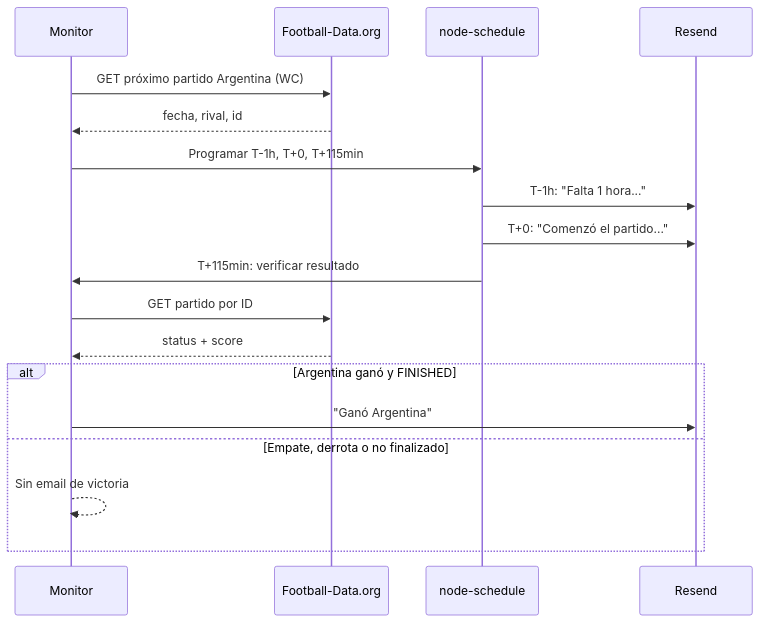
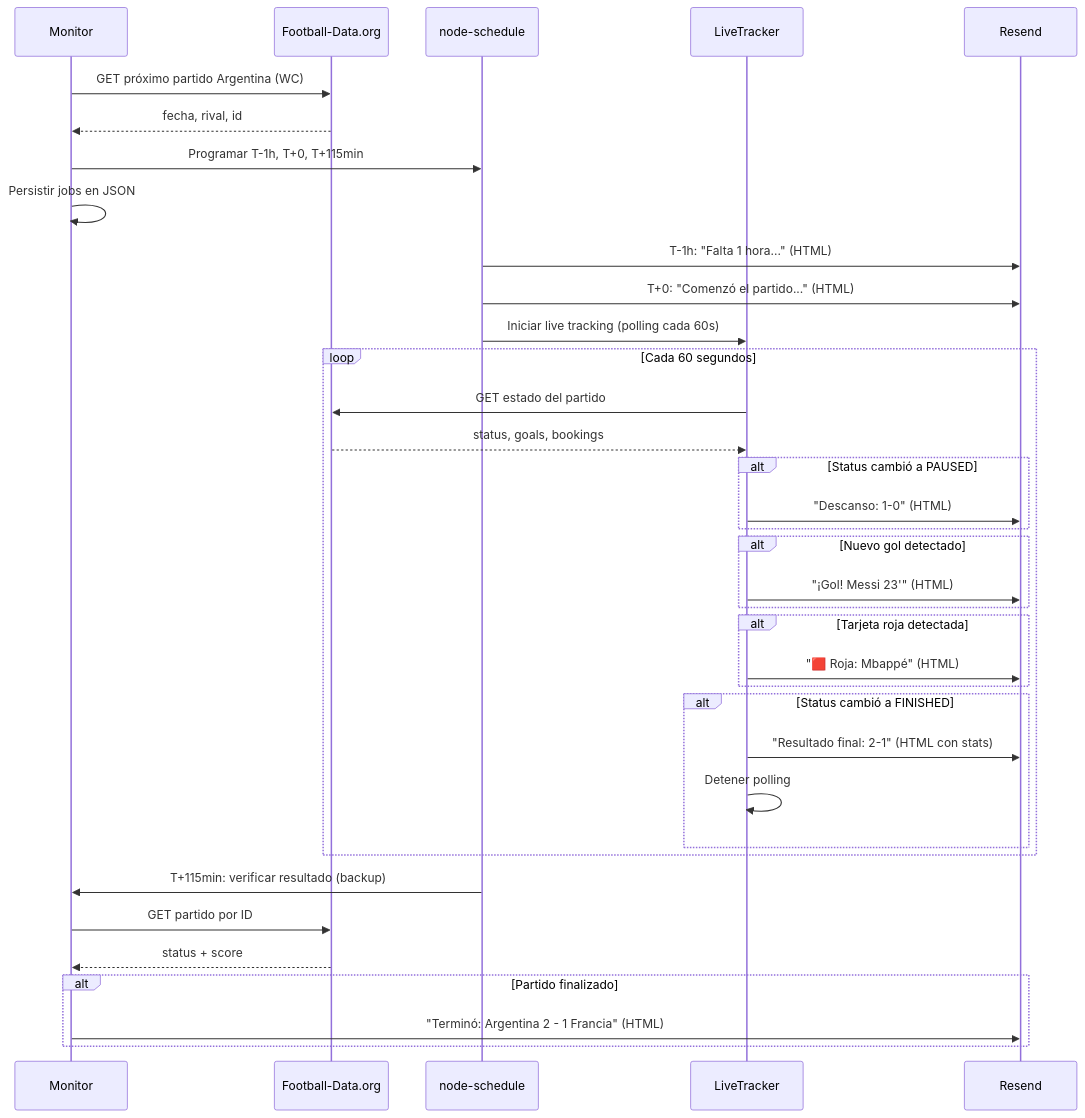
The diagram in README.md (fernandosandoval/mundial2026), drawn with Mermaid before and after one commit. The commit also changed other lines of this file and 22 other files, not shown here.

Commit message:
Nuevos topos, campos extendidos, integracion de cache, persistencia de jobs en json

````diff
--- a/README.md
+++ b/README.md
@@ -132,22 +164,42 @@
 ```mermaid
 sequenceDiagram
     participant App as Monitor
     participant API as Football-Data.org
     participant Sched as node-schedule
+    participant Live as LiveTracker
     participant Email as Resend
 
     App->>API: GET próximo partido Argentina (WC)
     API-->>App: fecha, rival, id
     App->>Sched: Programar T-1h, T+0, T+115min
+    App->>App: Persistir jobs en JSON
 
-    Sched->>Email: T-1h: "Falta 1 hora..."
-    Sched->>Email: T+0: "Comenzó el partido..."
-    Sched->>App: T+115min: verificar resultado
+    Sched->>Email: T-1h: "Falta 1 hora..." (HTML)
+    Sched->>Email: T+0: "Comenzó el partido..." (HTML)
+    Sched->>Live: Iniciar live tracking (polling cada 60s)
+
+    loop Cada 60 segundos
+        Live->>API: GET estado del partido
+        API-->>Live: status, goals, bookings
+        alt Status cambió a PAUSED
+            Live->>Email: "Descanso: 1-0" (HTML)
+        end
+        alt Nuevo gol detectado
+            Live->>Email: "¡Gol! Messi 23'" (HTML)
+        end
+        alt Tarjeta roja detectada
+            Live->>Email: "🟥 Roja: Mbappé" (HTML)
+        end
+        alt Status cambió a FINISHED
+            Live->>Email: "Resultado final: 2-1" (HTML con stats)
+            Live->>Live: Detener polling
+        end
+    end
+
+    Sched->>App: T+115min: verificar resultado (backup)
     App->>API: GET partido por ID
     API-->>App: status + score
-    alt Argentina ganó y FINISHED
-        App->>Email: "Ganó Argentina"
-    else Empate, derrota o no finalizado
-        App-->>App: Sin email de victoria
+    alt Partido finalizado
+        App->>Email: "Terminó: Argentina 2 - 1 Francia" (HTML)
     end
 ```
````
